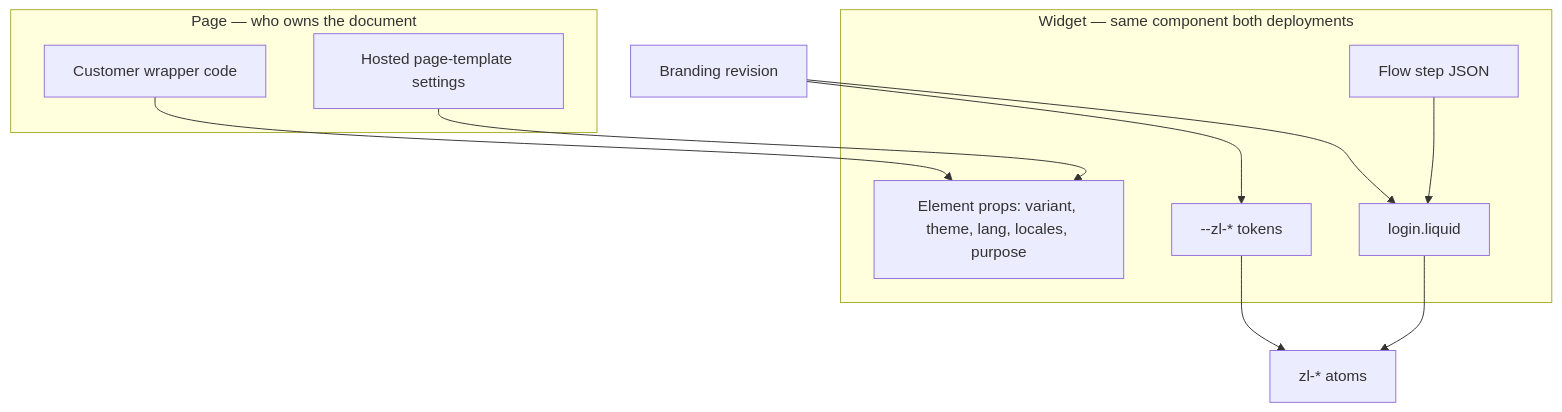
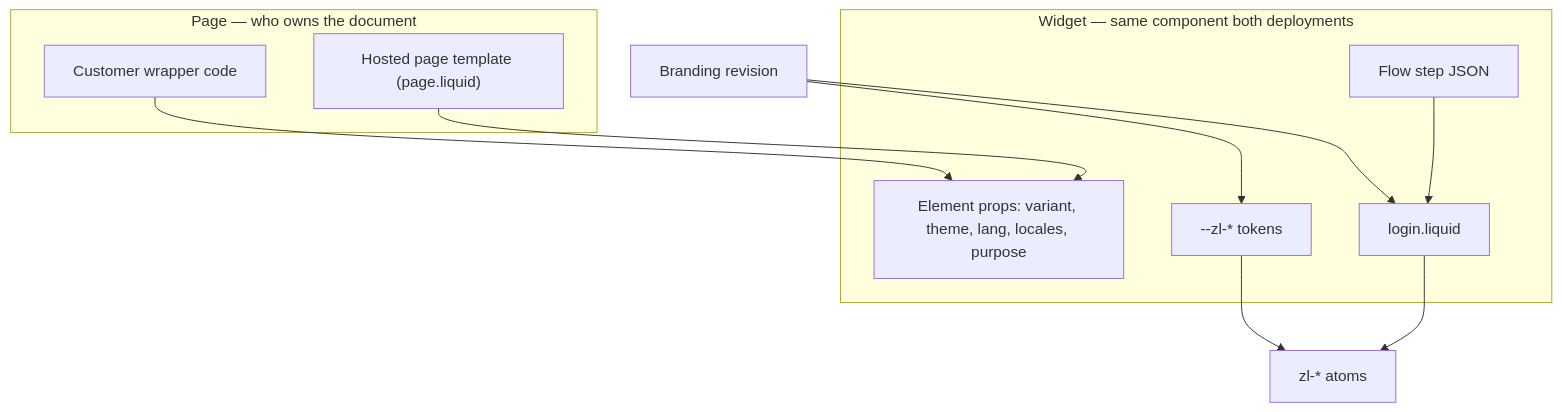
The second of 3 diagrams in docs/design/branding/customization-strategy.md (zitadel/nextgen), drawn with Mermaid before and after one commit. The commit also changed other lines of this file and 6 other files, not shown here.

````diff
--- a/docs/design/branding/customization-strategy.md
+++ b/docs/design/branding/customization-strategy.md
@@ -245,21 +306,21 @@
 ```mermaid
 flowchart TB
   subgraph page [Page — who owns the document]
     EmbWrap[Customer wrapper code]
-    HostWrap[Hosted page-template settings]
+    HostWrap["Hosted page template (page.liquid)"]
   end
   subgraph widget [Widget — same component both deployments]
     Props["Element props: variant, theme, lang, locales, purpose"]
     Tokens["--zl-* tokens"]
     Liquid[login.liquid]
     Flow[Flow step JSON]
   end
   EmbWrap --> Props
   HostWrap --> Props
   Branding[Branding revision]
   Branding --> Tokens
   Branding --> Liquid
   Flow --> Liquid
   Liquid --> Atoms["zl-* atoms"]
   Tokens --> Atoms
 ```
````
